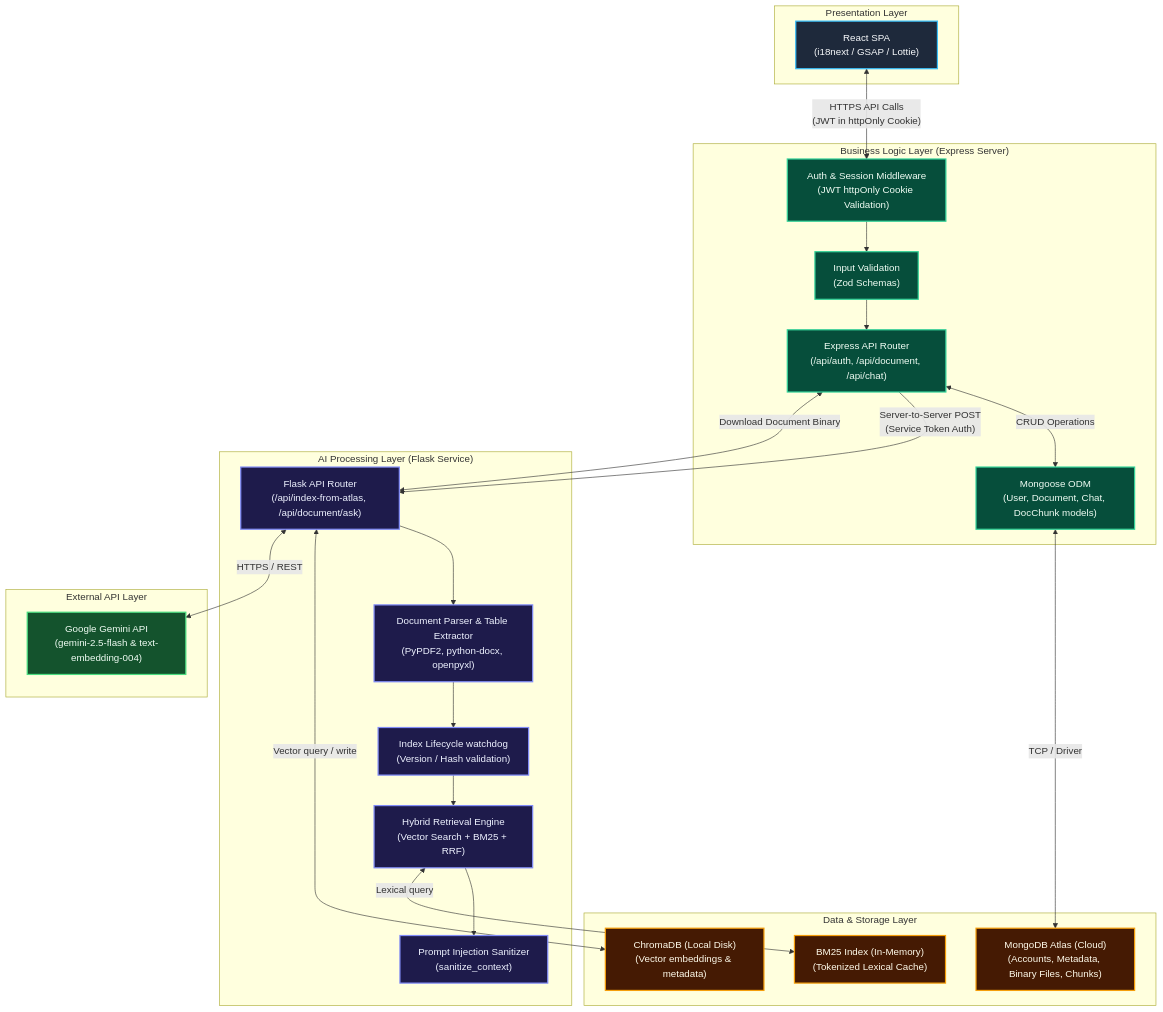
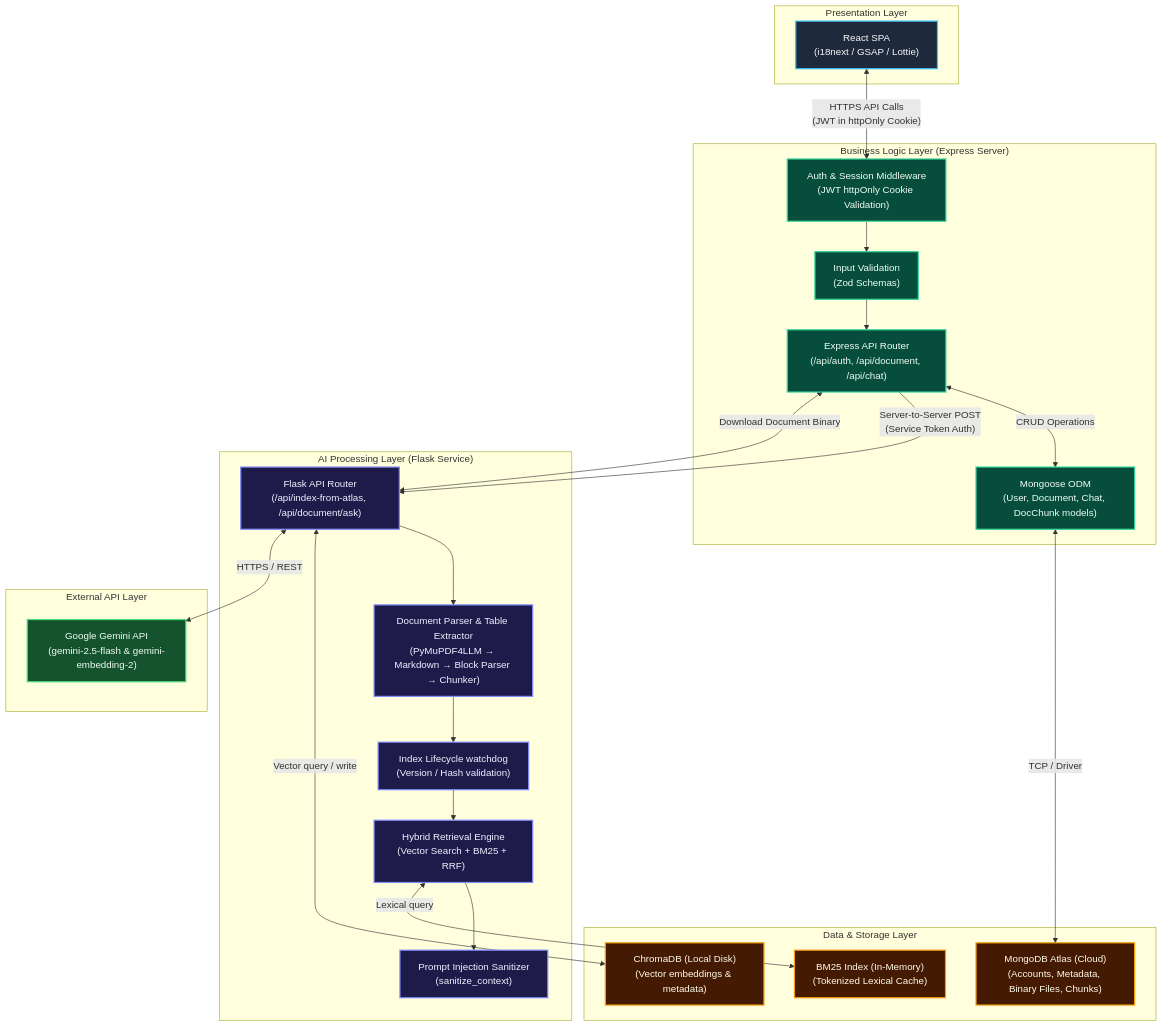
One commit to Dr-Venom29/SmartDocQ changed the diagram in README.md. Above: the diagram before and after it, drawn with Mermaid. The commit also changed other lines of this file and 10 other files, not shown here.

Commit message:
refactor: redesign indexing pipeline and improve retrieval architecture

````diff
--- a/README.md
+++ b/README.md
@@ -84,65 +125,65 @@
 ```mermaid
 graph TD
     %% Styles
     classDef client fill:#1E293B,stroke:#38BDF8,stroke-width:2px,color:#F8FAFC;
     classDef business fill:#064E3B,stroke:#34D399,stroke-width:2px,color:#F0FDF4;
     classDef aiservice fill:#1E1B4B,stroke:#818CF8,stroke-width:2px,color:#EEF2FF;
     classDef storage fill:#451A03,stroke:#F59E0B,stroke-width:2px,color:#FFFBEB;
     classDef external fill:#14532D,stroke:#4ADE80,stroke-width:2px,color:#F0FDF4;
 
     %% Client Layer
     subgraph Client_Layer ["Presentation Layer"]
         ReactSPA["React SPA<br/>(i18next / GSAP / Lottie)"]:::client
     end
 
     %% Business Logic Layer
     subgraph Middleware_Layer ["Business Logic Layer (Express Server)"]
         ExpressRouter["Express API Router<br/>(/api/auth, /api/document, /api/chat)"]:::business
         AuthGuard["Auth & Session Middleware<br/>(JWT httpOnly Cookie Validation)"]:::business
         ZodValidator["Input Validation<br/>(Zod Schemas)"]:::business
         MongooseDB["Mongoose ODM<br/>(User, Document, Chat, DocChunk models)"]:::business
     end
 
     %% AI Processing Layer
     subgraph AI_Layer ["AI Processing Layer (Flask Service)"]
         FlaskApp["Flask API Router<br/>(/api/index-from-atlas, /api/document/ask)"]:::aiservice
-        Parser["Document Parser & Table Extractor<br/>(PyPDF2, python-docx, openpyxl)"]:::aiservice
+        Parser["Document Parser & Table Extractor<br/>(PyMuPDF4LLM → Markdown → Block Parser → Chunker)"]:::aiservice
         VersionManager["Index Lifecycle watchdog<br/>(Version / Hash validation)"]:::aiservice
         RetrievalPipeline["Hybrid Retrieval Engine<br/>(Vector Search + BM25 + RRF)"]:::aiservice
         Sanitizer["Prompt Injection Sanitizer<br/>(sanitize_context)"]:::aiservice
     end
 
     %% Storage Layer
     subgraph Storage_Layer ["Data & Storage Layer"]
         MongoDB["MongoDB Atlas (Cloud)<br/>(Accounts, Metadata, Binary Files, Chunks)"]:::storage
         ChromaDB["ChromaDB (Local Disk)<br/>(Vector embeddings & metadata)"]:::storage
         BM25Cache["BM25 Index (In-Memory)<br/>(Tokenized Lexical Cache)"]:::storage
     end
 
     %% External
     subgraph External_APIs ["External API Layer"]
-        GeminiAPI["Google Gemini API<br/>(gemini-2.5-flash & text-embedding-004)"]:::external
+        GeminiAPI["Google Gemini API<br/>(gemini-2.5-flash & gemini-embedding-2)"]:::external
     end
 
     %% Flow/Connections
     ReactSPA <-->|"HTTPS API Calls<br/>(JWT in httpOnly Cookie)"| AuthGuard
     AuthGuard --> ZodValidator
     ZodValidator --> ExpressRouter
     
     ExpressRouter <-->|"CRUD Operations"| MongooseDB
     MongooseDB <-->|"TCP / Driver"| MongoDB
     
     ExpressRouter -->|"Server-to-Server POST<br/>(Service Token Auth)"| FlaskApp
     
     FlaskApp --> Parser
     Parser --> VersionManager
     VersionManager --> RetrievalPipeline
     RetrievalPipeline --> Sanitizer
     
     FlaskApp <-->|"Download Document Binary"| ExpressRouter
     
     FlaskApp <-->|"Vector query / write"| ChromaDB
     RetrievalPipeline <-->|"Lexical query"| BM25Cache
     
     FlaskApp <-->|"HTTPS / REST"| GeminiAPI
 ```
````
